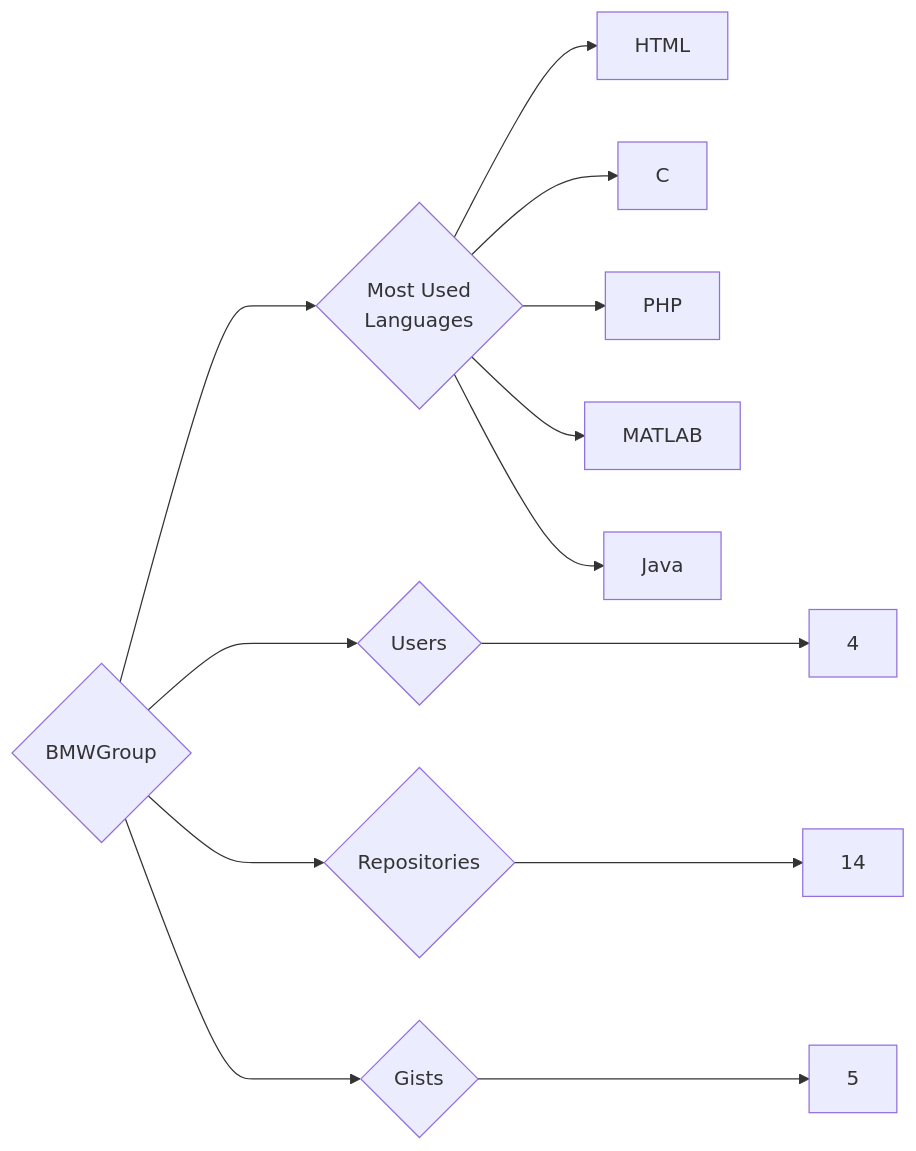
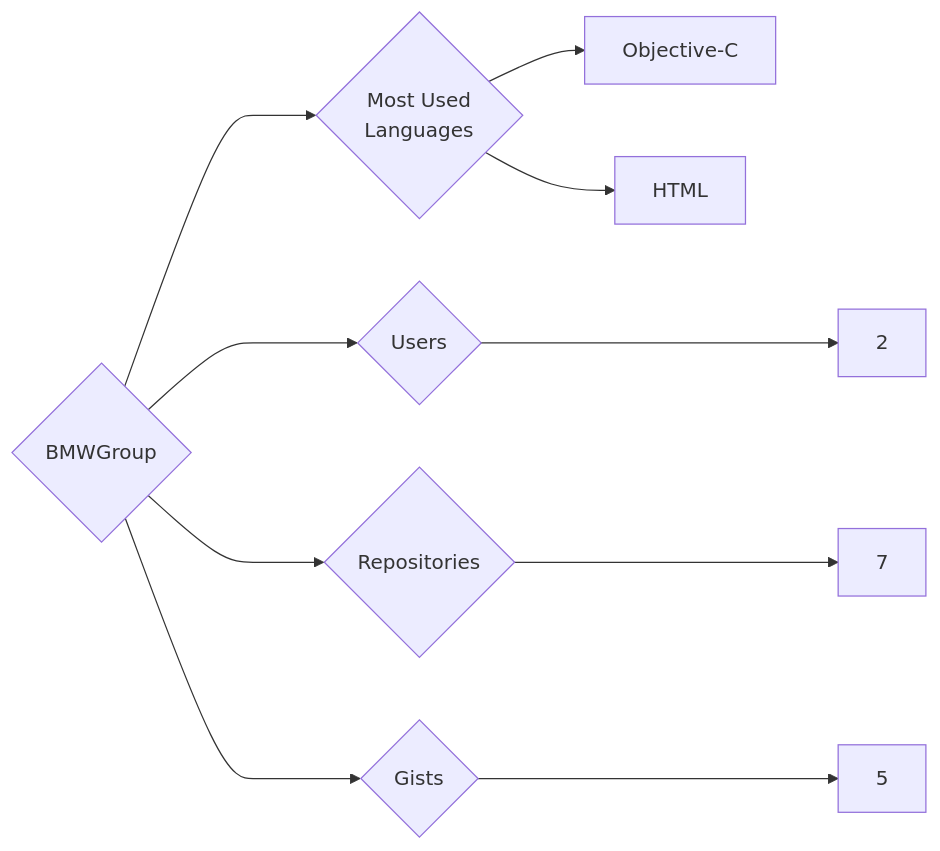
The diagram in targets/BMWGroup/README.md (trickest/insiders), drawn with Mermaid before and after one commit. The commit also changed 815 other files, not shown here.

````diff
--- a/targets/BMWGroup/README.md
+++ b/targets/BMWGroup/README.md
@@ -3,13 +3,10 @@
 ```mermaid
 graph LR
 COMPANY_NAME{BMWGroup}
-COMPANY_NAME ---> U{Users} ---> UN[4]
-COMPANY_NAME ---> R{Repositories} ---> RN[14]
+COMPANY_NAME ---> U{Users} ---> UN[2]
+COMPANY_NAME ---> R{Repositories} ---> RN[7]
 COMPANY_NAME ---> G{Gists} ---> GN[5]
 COMPANY_NAME ---> ML{Most Used<br>Languages}
+ML --> Objective-C[Objective-C]
 ML --> HTML[HTML]
-ML --> C[C]
-ML --> PHP[PHP]
-ML --> MATLAB[MATLAB]
-ML --> Java[Java]
 ```
````
